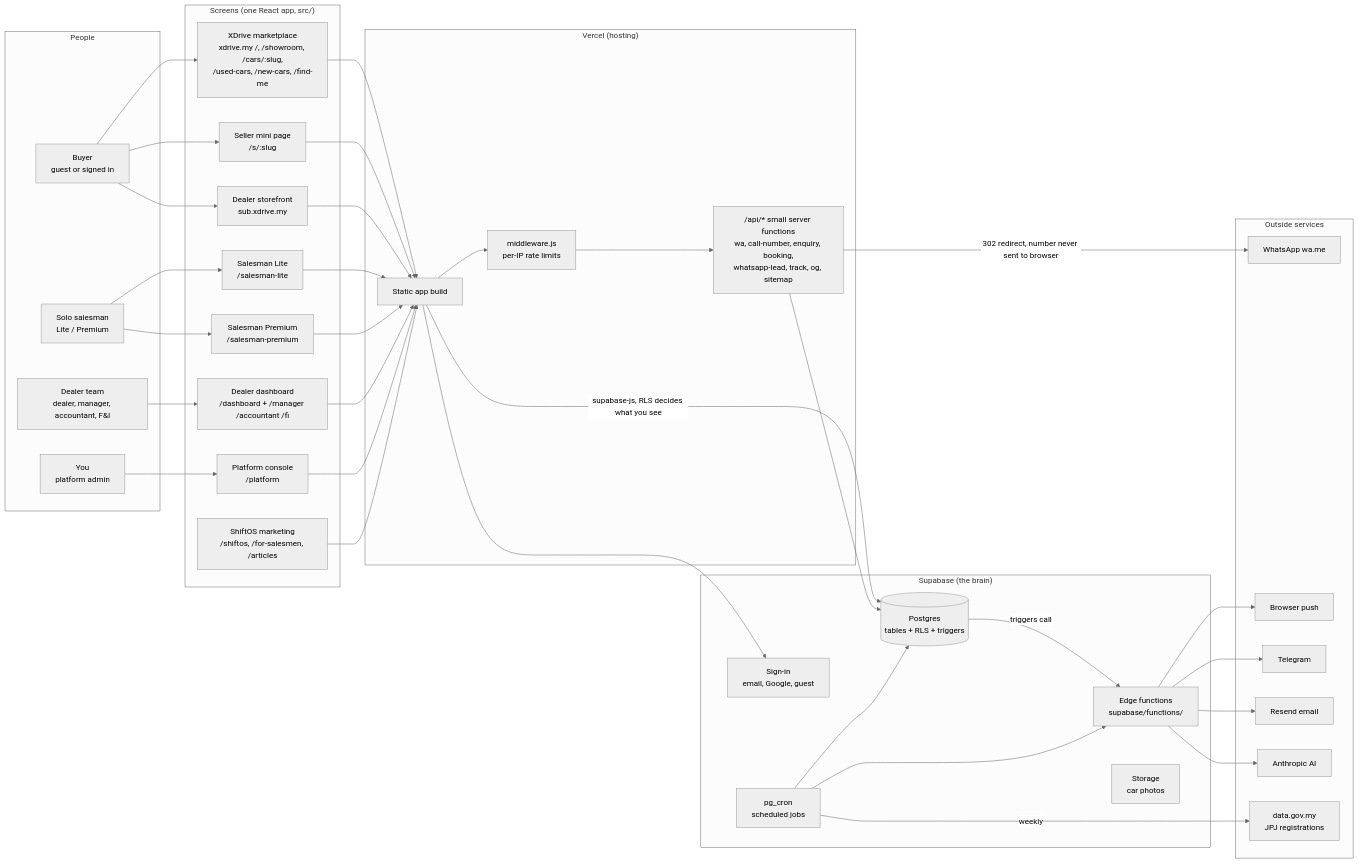
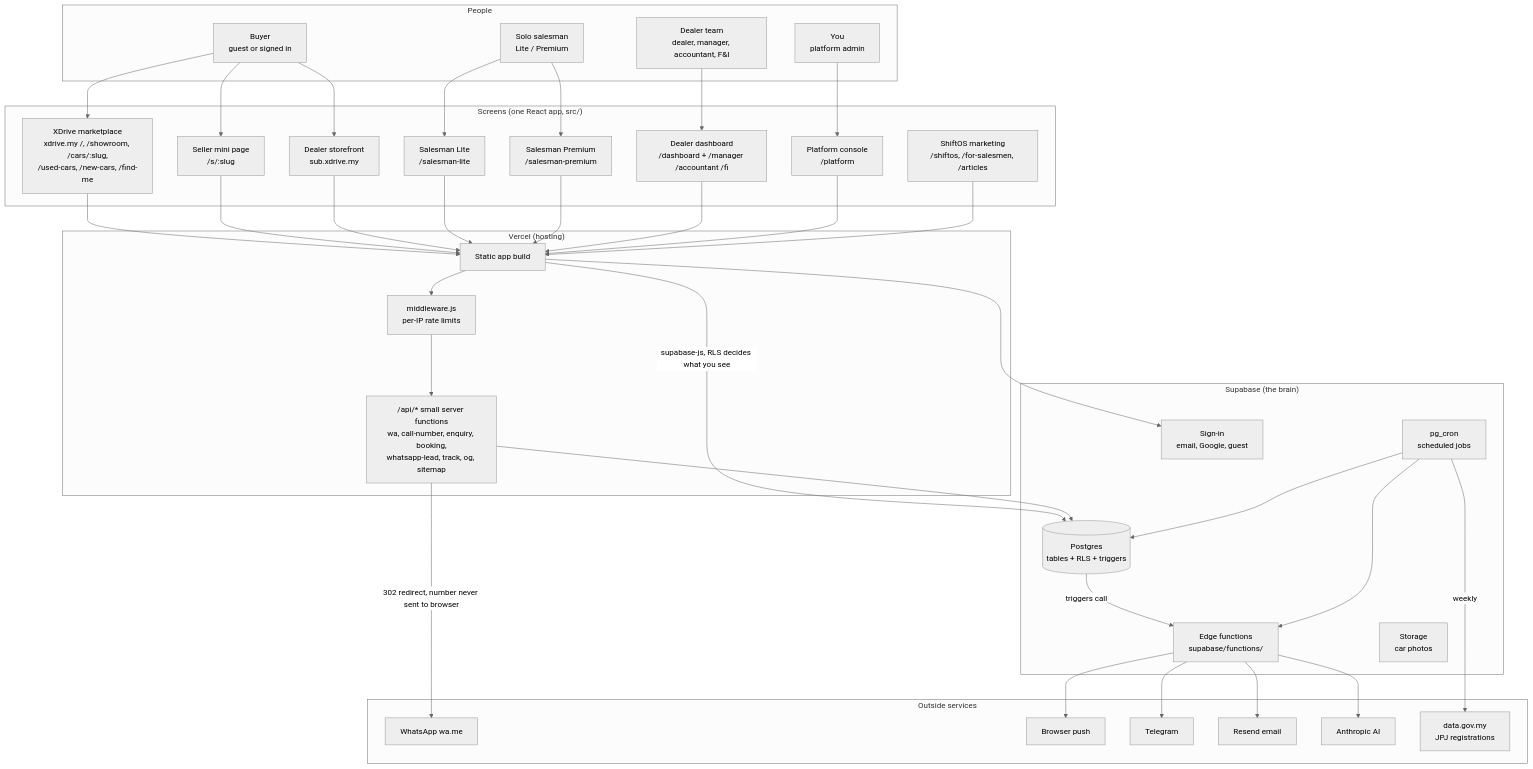
Before and after one commit to auzyvyth/ShiftOS: the first of 6 diagrams in docs/ARCHITECTURE.md, drawn with Mermaid (neutral theme). The commit also changed 2 other files, not shown here.

Commit message:
System map: zoomable diagrams on phone, page built from ARCHITECTURE.md
tools/build-system-map.mjs turns docs/ARCHITECTURE.md into the published
page: diagrams open full screen with pinch, drag, wheel and double-tap
zoom. Overview diagram now runs top to bottom so it is narrower.

Claude-Session: https://claude.ai/code/session_01X4w9JfiakmQAhpiz9chq2p

````diff
--- a/docs/ARCHITECTURE.md
+++ b/docs/ARCHITECTURE.md
@@ -14,58 +14,58 @@
 ```mermaid
-flowchart LR
+flowchart TB
   subgraph People
     B[Buyer<br/>guest or signed in]
     SL[Solo salesman<br/>Lite / Premium]
     DT[Dealer team<br/>dealer, manager, accountant, F&I]
     OP[You<br/>platform admin]
   end
 
   subgraph Screens["Screens (one React app, src/)"]
     MK["XDrive marketplace<br/>xdrive.my /, /showroom, /cars/:slug,<br/>/used-cars, /new-cars, /find-me"]
     MP["Seller mini page<br/>/s/:slug"]
     SF["Dealer storefront<br/>sub.xdrive.my"]
     LITE["Salesman Lite<br/>/salesman-lite"]
     PREM["Salesman Premium<br/>/salesman-premium"]
     DASH["Dealer dashboard<br/>/dashboard + /manager /accountant /fi"]
     PLAT["Platform console<br/>/platform"]
     MKT["ShiftOS marketing<br/>/shiftos, /for-salesmen, /articles"]
   end
 
   subgraph Vercel["Vercel (hosting)"]
     SPA[Static app build]
     API["/api/* small server functions<br/>wa, call-number, enquiry, booking,<br/>whatsapp-lead, track, og, sitemap"]
     MW[middleware.js<br/>per-IP rate limits]
   end
 
   subgraph Supabase["Supabase (the brain)"]
     AUTH[Sign-in<br/>email, Google, guest]
     DB[(Postgres<br/>tables + RLS + triggers)]
     EF[Edge functions<br/>supabase/functions/]
     CRON[pg_cron<br/>scheduled jobs]
     ST[Storage<br/>car photos]
   end
 
   subgraph Outside["Outside services"]
     WA[WhatsApp wa.me]
     PUSH[Browser push]
     TG[Telegram]
     MAIL[Resend email]
     AI[Anthropic AI]
     GOV[data.gov.my<br/>JPJ registrations]
   end
 
   B --> MK & MP & SF
   SL --> LITE & PREM
   DT --> DASH
   OP --> PLAT
   MK & MP & SF & LITE & PREM & DASH & PLAT & MKT --> SPA
   SPA --> MW --> API
   SPA -->|supabase-js, RLS decides what you see| DB
   SPA --> AUTH
   API --> DB
   API -->|302 redirect, number never sent to browser| WA
   DB -->|triggers call| EF
   CRON --> EF & DB
   EF --> PUSH & TG & MAIL & AI
   CRON -->|weekly| GOV
 ```
````
